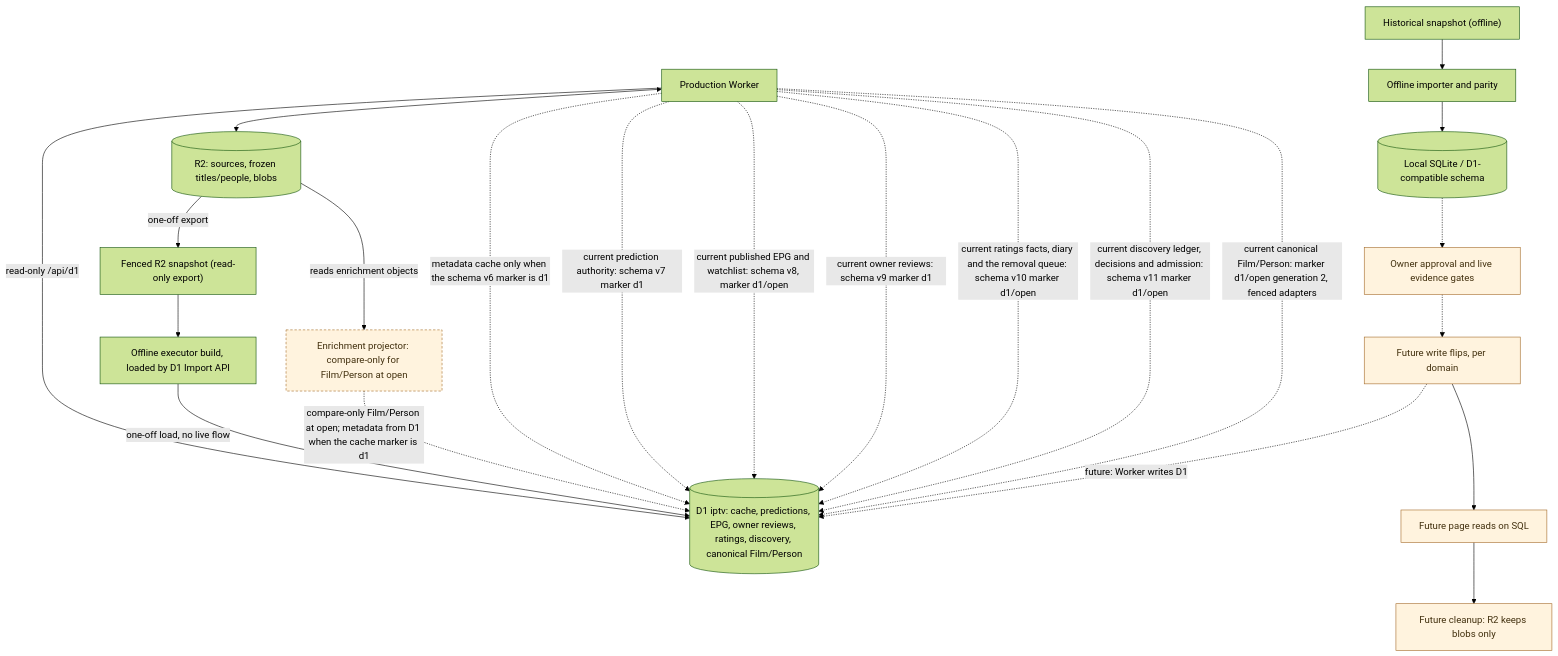
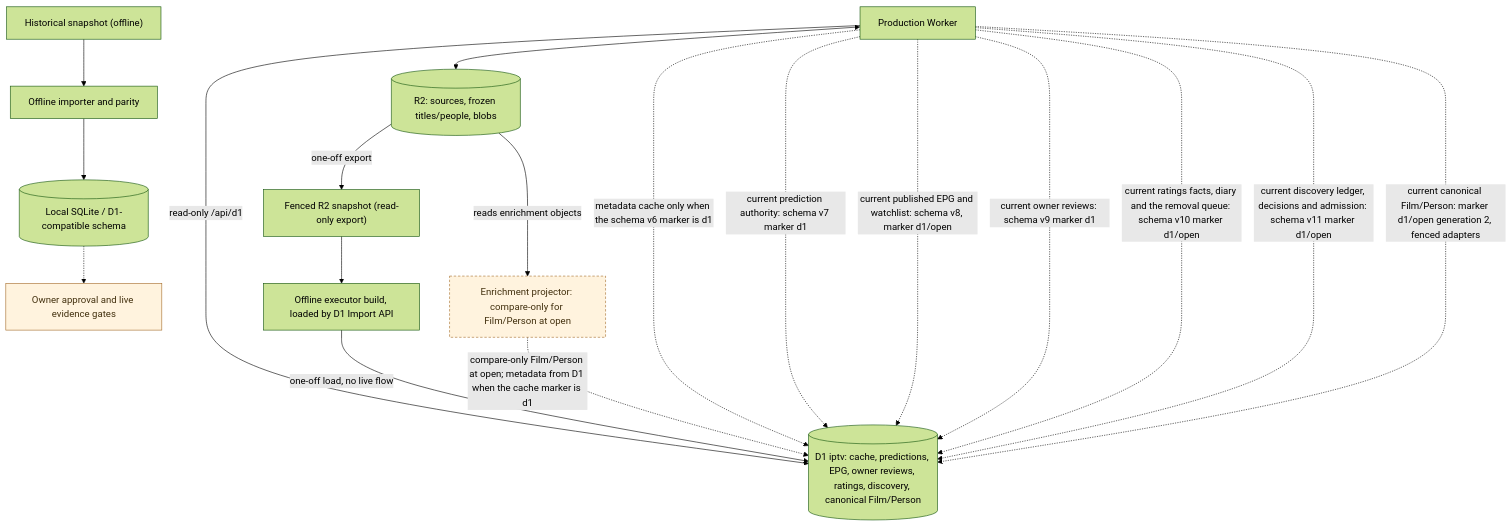
Before and after one commit to vladimino/iptv-watchlist: the diagram in docs/architecture/persistence-and-migration.md, drawn with Mermaid (forest theme). The commit also changed other lines of this file and 15 other files, not shown here.

````diff
--- a/docs/architecture/persistence-and-migration.md
+++ b/docs/architecture/persistence-and-migration.md
@@ -7,35 +7,30 @@
 ```mermaid
 flowchart TD
     worker["Production Worker"]
     r2[("R2: sources, frozen titles/people, blobs")]
     archive["Historical snapshot (offline)"]
     importer["Offline importer and parity"]
     local[("Local SQLite / D1-compatible schema")]
     gate["Owner approval and live evidence gates"]
     snapshot["Fenced R2 snapshot (read-only export)"]
     reload["Offline executor build, loaded by D1 Import API"]
     d1[("D1 iptv: cache, predictions, EPG, owner reviews, ratings, discovery, canonical Film/Person")]
     projector["Enrichment projector: compare-only for Film/Person at open"]
-    flipWrite["Future write flips, per domain"]
-    flipRead["Future page reads on SQL"]
-    retire["Future cleanup: R2 keeps blobs only"]
     worker <--> r2
     worker -->|read-only /api/d1| d1
     archive --> importer --> local
     local -.-> gate
     r2 -->|one-off export| snapshot --> reload -->|one-off load, no live flow| d1
     r2 -->|reads enrichment objects| projector -.->|compare-only Film/Person at open; metadata from D1 when the cache marker is d1| d1
     worker -.->|metadata cache only when the schema v6 marker is d1| d1
     worker -.->|current prediction authority: schema v7 marker d1| d1
     worker -.->|current published EPG and watchlist: schema v8, marker d1/open| d1
     worker -.->|current owner reviews: schema v9 marker d1| d1
     worker -.->|current ratings facts, diary and the removal queue: schema v10 marker d1/open| d1
     worker -.->|current discovery ledger, decisions and admission: schema v11 marker d1/open| d1
     worker -.->|current canonical Film/Person: marker d1/open generation 2, fenced adapters| d1
-    gate -.-> flipWrite -.->|future: Worker writes D1| d1
-    flipWrite --> flipRead --> retire
     classDef future fill:#fff3de,stroke:#a56c2b,color:#42300e
     classDef gated fill:#fff3de,stroke:#a56c2b,color:#42300e,stroke-dasharray:4 3
-    class gate,flipWrite,flipRead,retire future
+    class gate future
     class projector gated
 ```
````
